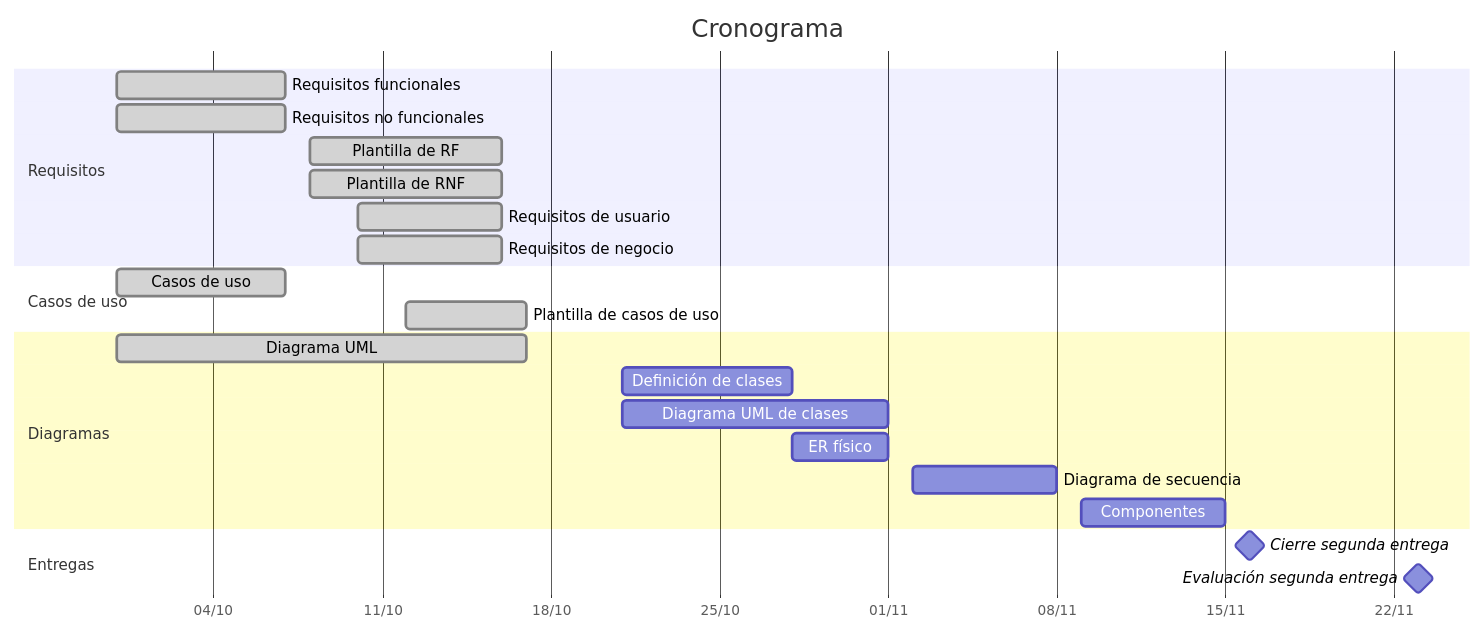
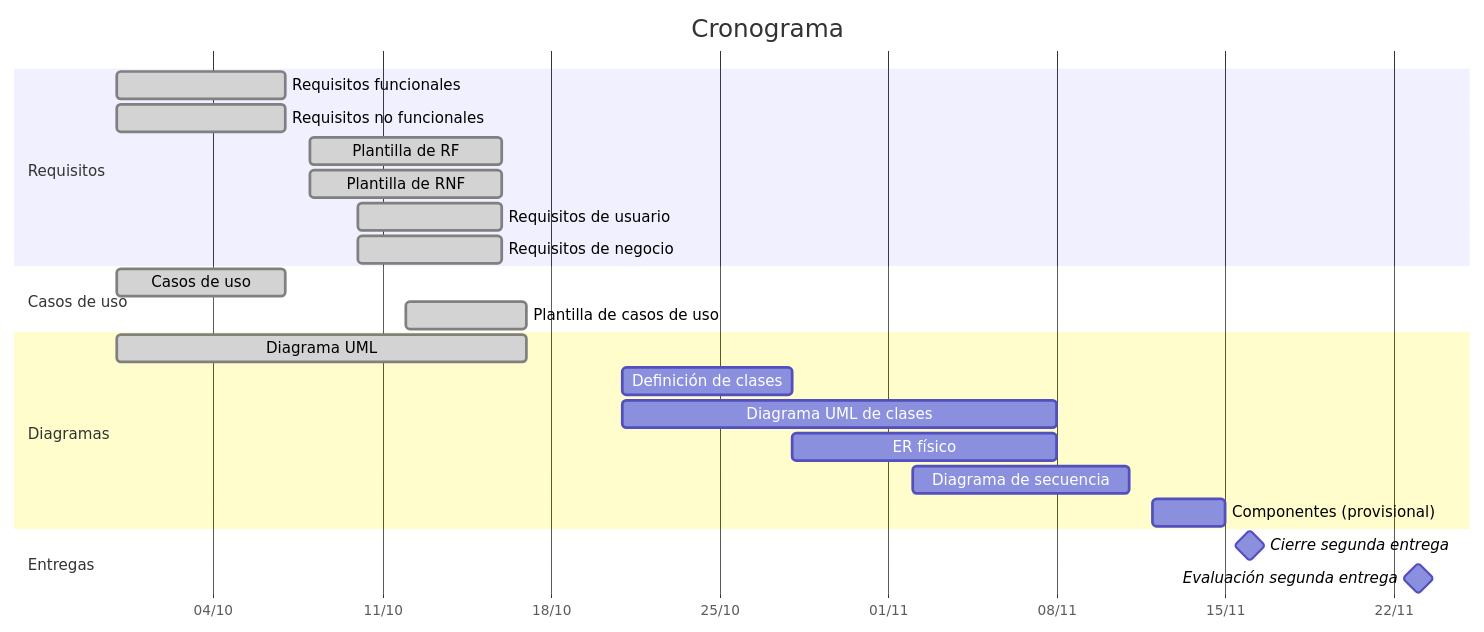
One commit to EVerjanoPerez/Grupo-Al-khwarizmi changed the diagram in Planificacion/Planificación.md. Above: the diagram before and after it, drawn with Mermaid. The commit also changed other lines of this file and 2 other files, not shown here.

````diff
--- a/Planificacion/Planificación.md
+++ b/Planificacion/Planificación.md
@@ -60,26 +60,26 @@
 ```mermaid
 gantt
     title Cronograma
     dateFormat YYYY-MM-DD
     axisFormat %d/%m
     section Requisitos
     Requisitos funcionales           :done, rf, 2026-09-30, 2026-10-07
     Requisitos no funcionales        :done, rnf, 2026-09-30, 2026-10-07
     Plantilla de RF                  :done, prf, 2026-10-08, 2026-10-16
     Plantilla de RNF                 :done, prnf, 2026-10-08, 2026-10-16
     Requisitos de usuario            :done, ru, 2026-10-10, 2026-10-16
     Requisitos de negocio            :done, rn, 2026-10-10, 2026-10-16
     section Casos de uso
     Casos de uso                     :done, cu, 2026-09-30, 2026-10-07
     Plantilla de casos de uso        :done, pcu, 2026-10-12, 2026-10-17
     section Diagramas
     Diagrama UML                     :done, uml, 2026-09-30, 2026-10-17
     Definición de clases             :dcl, 2026-10-21, 2026-10-28
-    Diagrama UML de clases           :uc, 2026-10-21, 2026-11-01
-    ER físico                        :er, 2026-10-28, 2026-11-01
-    Diagrama de secuencia            :ds, 2026-11-02, 2026-11-08
-    Componentes                      :co, 2026-11-09, 2026-11-15
+    Diagrama UML de clases           :uc, 2026-10-21, 2026-11-08
+    ER físico                        :er, 2026-10-28, 2026-11-08
+    Diagrama de secuencia            :ds, 2026-11-02, 2026-11-11
+    Componentes (provisional)        :co, 2026-11-12, 2026-11-15
     section Entregas
     Cierre segunda entrega           :milestone, e2, 2026-11-16, 0d
     Evaluación segunda entrega       :milestone, ev2, 2026-11-23, 0d
 ```
````
